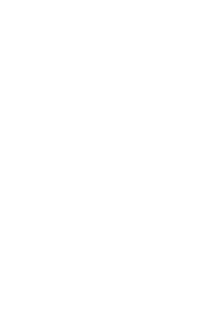
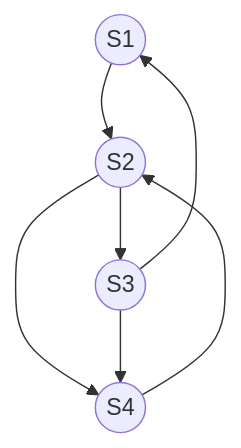
One commit to ilyasssklimov/bmstu_all changed the diagram in sem_07/Modeling/lections/lection_08.md. Above: the diagram before and after it, drawn with Mermaid. The commit also changed other lines of this file and 60 other files, not shown here.

````diff
--- a/sem_07/Modeling/lections/lection_08.md
+++ b/sem_07/Modeling/lections/lection_08.md
@@ -74,13 +70,19 @@
 ```mermaid
 graph TB;
 node1((S1)); node2((S2)); node3((S3)); node4((S4));
 
 node1 --> node2;
-node1 --> node3;
+node2 --- node1;
+
+node3 --> node1;
+node1 --- node3;
+
 node2 --> node4;
 node4 --> node2;
+
+node2 --> node3;
 node3 --> node4;
 
-classDef default fill:none, color:white, stroke:white;
-linkStyle default fill:none, stroke:white;
+linkStyle 1 fill:none, stroke:none;
+linkStyle 3 fill:none, stroke:none;
 ```
````
